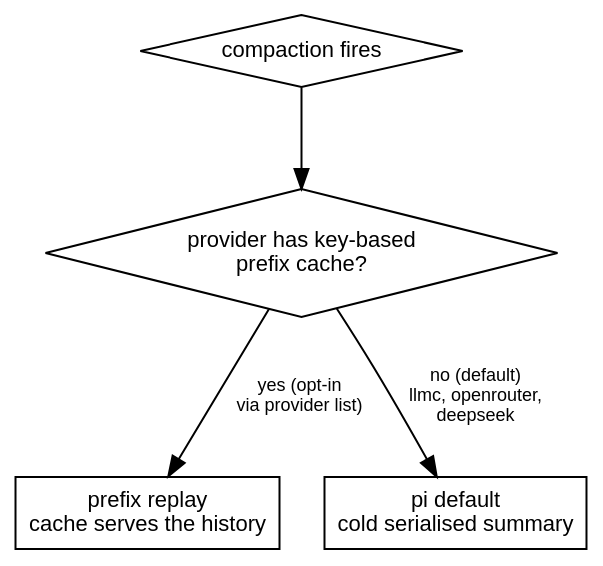
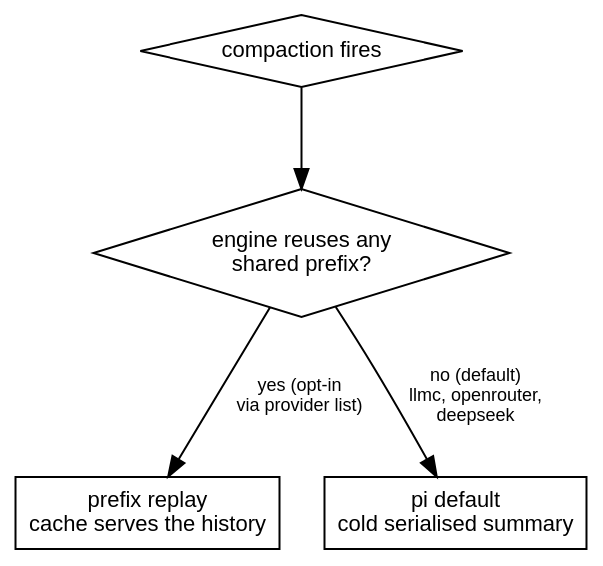
One commit to erfianugrah/lexicanum changed the second of 2 diagrams in src/content/docs/reference/agent-context-and-prompt-cache.mdx. Above: the diagram before and after it, drawn with Graphviz. The commit also changed other lines of this file, not shown here.

First line of the commit message:
docs(agent-context-and-prompt-cache): the local engine's actual cache rule

````diff
--- a/src/content/docs/reference/agent-context-and-prompt-cache.mdx
+++ b/src/content/docs/reference/agent-context-and-prompt-cache.mdx
@@ -160,18 +169,18 @@
 ```dot
 digraph {
   rankdir=TB; bgcolor="transparent"; nodesep=0.3; ranksep=0.7;
   fontname="Helvetica,Arial,sans-serif";
   node [fontname="Helvetica,Arial,sans-serif", fontsize=11, shape=box];
   edge [fontname="Helvetica,Arial,sans-serif", fontsize=9];
 
   fire [label="compaction fires", shape=diamond];
-  keyCache [label="provider has key-based\nprefix cache?", shape=diamond];
+  keyCache [label="engine reuses any\nshared prefix?", shape=diamond];
   prefix [label="prefix replay\ncache serves the history"];
   cold [label="pi default\ncold serialised summary"];
 
   fire -> keyCache;
   keyCache -> prefix [label="yes (opt-in\nvia provider list)"];
   keyCache -> cold [label="no (default)\nllmc, openrouter,
 deepseek"];
 }
 ```
````
